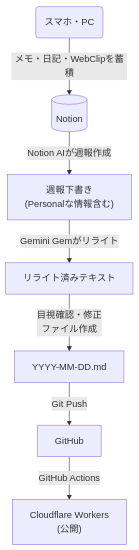
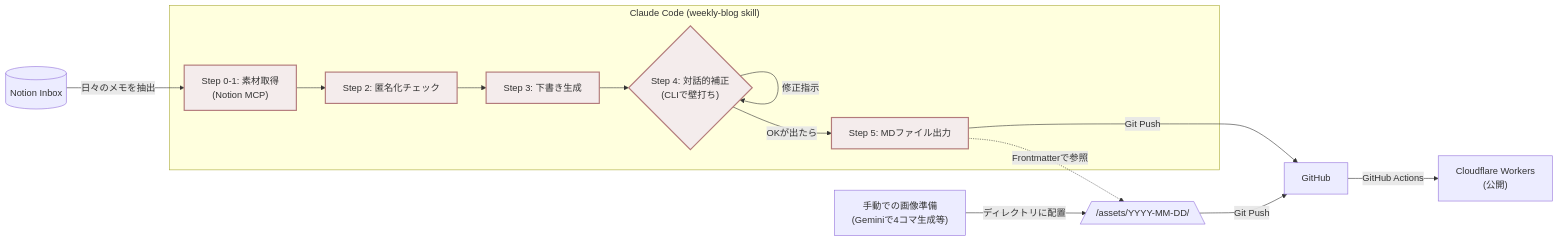
One commit to milkmaccya2/mm2-blog changed the diagram in README.md. Above: the diagram before and after it, drawn with Mermaid. The commit also changed other lines of this file, not shown here.

Commit message:
chore: [skip ci] ブログ執筆フロー

````diff
--- a/README.md
+++ b/README.md
@@ -20,9 +20,41 @@
 ```mermaid
-graph TD
-    Input(スマホ・PC) -->|メモ・日記・WebClipを蓄積| Notion[(Notion)]
-    Notion -->|Notion AIが週報作成| Draft["週報下書き<br/>(Personalな情報含む)"]
-    Draft -->|Gemini Gemがリライト| Rewritten[リライト済みテキスト]
-    Rewritten -->|"目視確認・修正<br/>ファイル作成"| File["YYYY-MM-DD.md"]
-    File -->|Git Push| GH[GitHub]
-    GH -->|GitHub Actions| CF["Cloudflare Workers<br/>(公開)"]
+graph LR
+    Notion[(Notion Inbox)]
+
+    subgraph "Claude Code (weekly-blog skill)"
+        CC_Fetch["Step 0-1: 素材取得<br/>(Notion MCP)"]
+        CC_Anonymize["Step 2: 匿名化チェック"]
+        CC_Draft["Step 3: 下書き生成"]
+        CC_Refine{"Step 4: 対話的補正<br/>(CLIで壁打ち)"}
+        CC_Output["Step 5: MDファイル出力"]
+    end
+
+    ImageGen["手動での画像準備<br/>(Geminiで4コマ生成等)"]
+    Assets[/"/assets/YYYY-MM-DD/"\]
+    
+    GH[GitHub]
+    CF["Cloudflare Workers<br/>(公開)"]
+
+    %% メインフロー
+    Notion -->|日々のメモを抽出| CC_Fetch
+    CC_Fetch --> CC_Anonymize
+    CC_Anonymize --> CC_Draft
+    CC_Draft --> CC_Refine
+    
+    %% CLI上でのやり取りを自己ループで表現
+    CC_Refine -- "修正指示" --> CC_Refine
+    CC_Refine -->|OKが出たら| CC_Output
+
+    %% 画像の扱い
+    ImageGen -->|ディレクトリに配置| Assets
+    CC_Output -.->|Frontmatterで参照| Assets
+
+    %% デプロイフロー
+    CC_Output -->|Git Push| GH
+    Assets -->|Git Push| GH
+    GH -->|GitHub Actions| CF
+
+    %% スタイリング
+    classDef claude fill:#f4ecec,stroke:#b37b7b,stroke-width:2px;
+    class CC_Fetch,CC_Anonymize,CC_Draft,CC_Refine,CC_Output claude;
 ```
````
